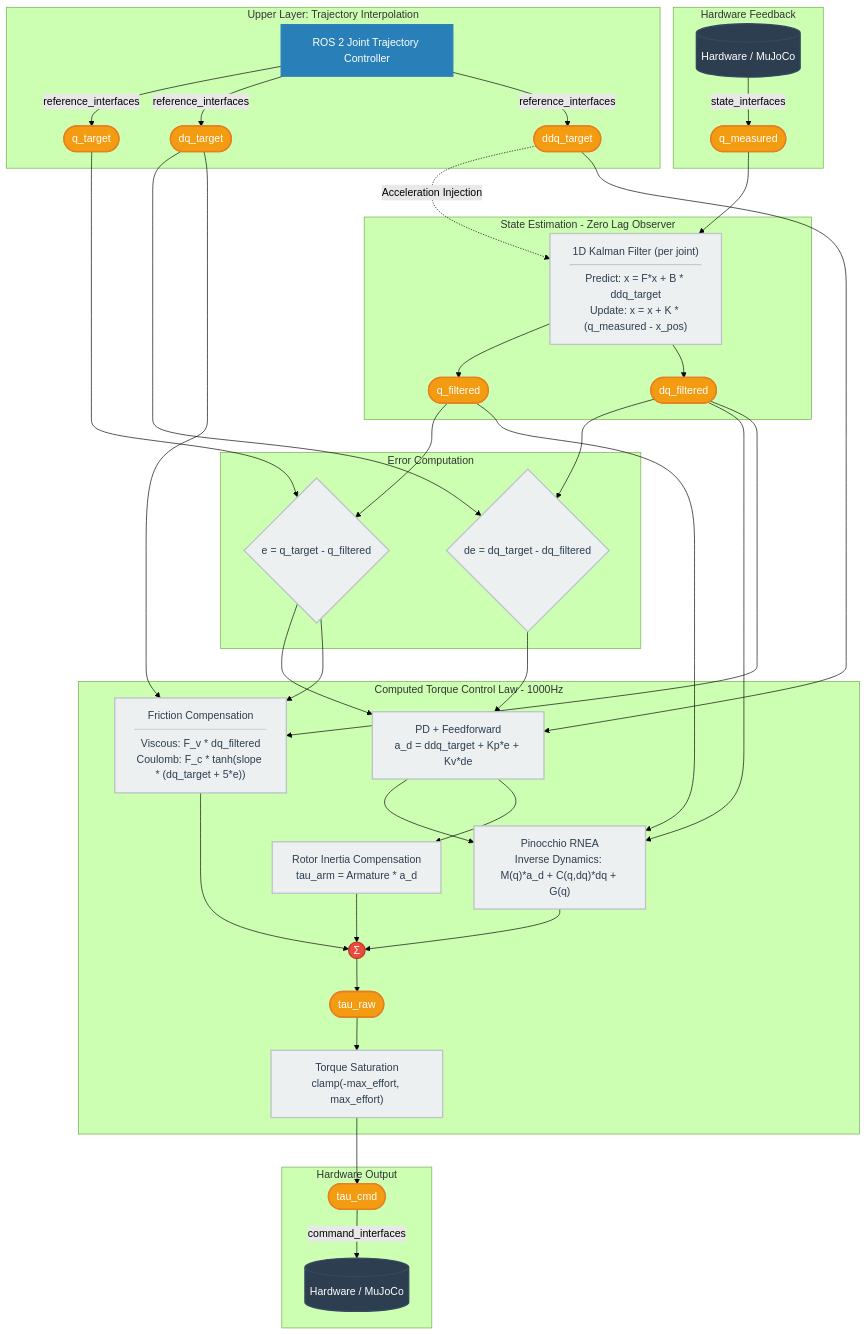
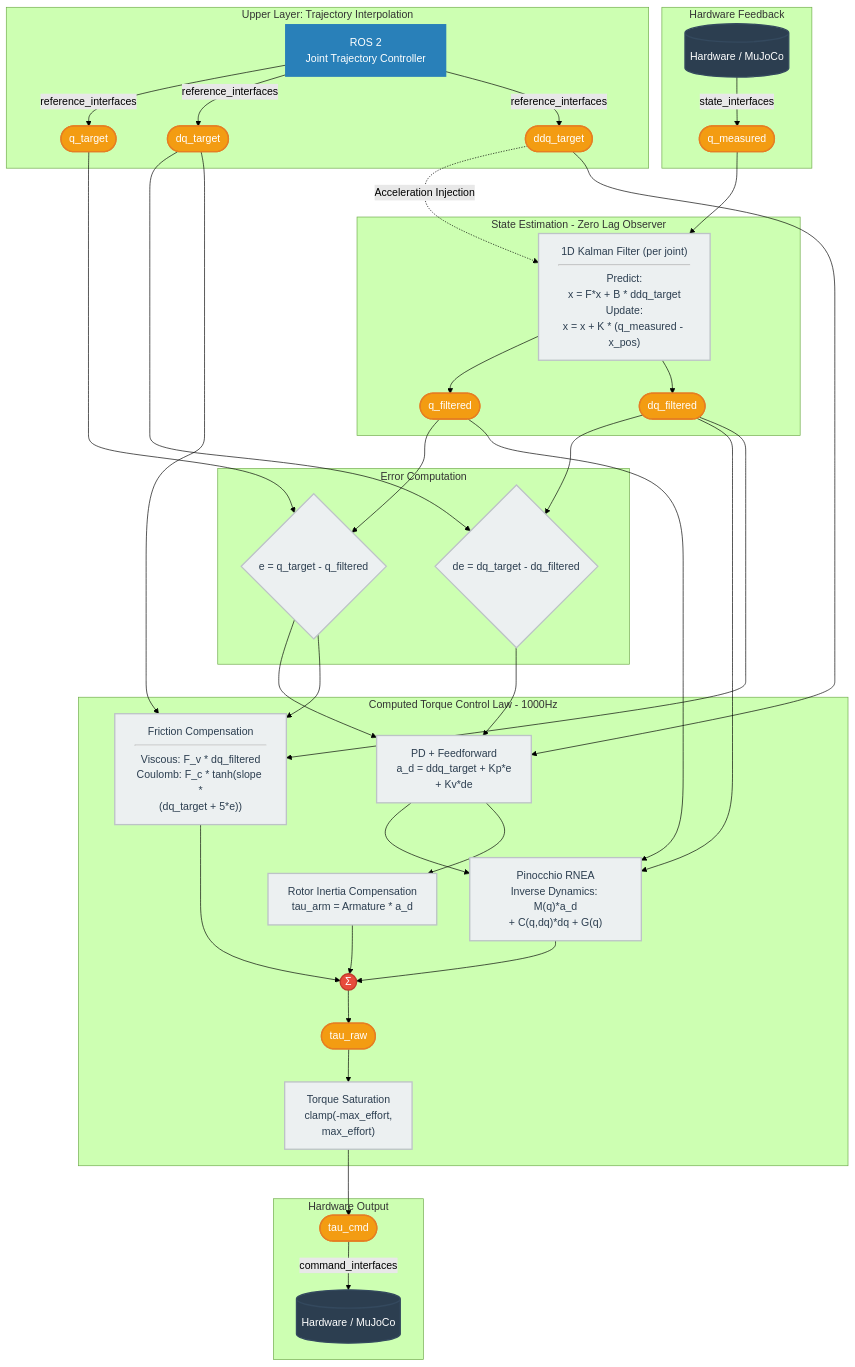
The second of 2 diagrams in README.md (Tianyi-Wang-1206/Deterministic-Motion-Planning-and-Dynamics-Control-Framework-for-Lightweight-6-Axis-Robotic-Arms), drawn with Mermaid (forest theme) before and after one commit.

````diff
--- a/README.md
+++ b/README.md
@@ -125,70 +125,70 @@
 ```mermaid
 flowchart TD
     %% Define Styles
     classDef hardware fill:#2c3e50,stroke:#34495e,stroke-width:2px,color:#fff;
     classDef jtc fill:#2980b9,stroke:#2980b9,stroke-width:2px,color:#fff;
     classDef data fill:#f39c12,stroke:#e67e22,stroke-width:2px,color:#fff,shape:pill;
     classDef calc fill:#ecf0f1,stroke:#bdc3c7,stroke-width:2px,color:#2c3e50;
     classDef sum fill:#e74c3c,stroke:#c0392b,stroke-width:2px,color:#fff,shape:circle;
 
     %% 1. Upstream Layer
     subgraph L1 [Upper Layer: Trajectory Interpolation]
-        JTC[ROS 2 Joint Trajectory Controller]:::jtc
+        JTC[ROS 2<br/>Joint Trajectory Controller]:::jtc
         JTC -- reference_interfaces --> Q_T([q_target]):::data
         JTC -- reference_interfaces --> DQ_T([dq_target]):::data
         JTC -- reference_interfaces --> DDQ_T([ddq_target]):::data
     end
 
     %% 2. Hardware Feedback
     subgraph L2 [Hardware Feedback]
         HW_Read[(Hardware / MuJoCo)]:::hardware
         HW_Read -- state_interfaces --> Q_M([q_measured]):::data
     end
 
     %% 3. State Estimator (Zero-Lag Observer)
     subgraph L3 [State Estimation - Zero Lag Observer]
-        KF["1D Kalman Filter (per joint)<hr/>Predict: x = F*x + B * ddq_target<br/>Update: x = x + K * (q_measured - x_pos)"]:::calc
+        KF["1D Kalman Filter (per joint)<hr/>Predict:<br/>x = F*x + B * ddq_target<br/>Update:<br/>x = x + K * (q_measured - x_pos)"]:::calc
         Q_M --> KF
         DDQ_T -. Acceleration Injection .-> KF
         KF --> Q_F([q_filtered]):::data
         KF --> DQ_F([dq_filtered]):::data
     end
 
     %% 4. Error Computation
     subgraph L4 [Error Computation]
         Q_T --> ERR_Q{"e = q_target - q_filtered"}:::calc
         Q_F --> ERR_Q
         DQ_T --> ERR_DQ{"de = dq_target - dq_filtered"}:::calc
         DQ_F --> ERR_DQ
     end
 
     %% 5. Control Law & Dynamics
     subgraph L5 [Computed Torque Control Law - 1000Hz]
-        ERR_Q --> PD["PD + Feedforward<br/>a_d = ddq_target + Kp*e + Kv*de"]:::calc
+        ERR_Q --> PD["PD + Feedforward<br/>a_d = ddq_target + Kp*e<br/>+ Kv*de"]:::calc
         ERR_DQ --> PD
         DDQ_T --> PD
 
-        PD --> RNEA["Pinocchio RNEA<br/>Inverse Dynamics: M(q)*a_d + C(q,dq)*dq + G(q)"]:::calc
+        PD --> RNEA["Pinocchio RNEA<br/>Inverse Dynamics: M(q)*a_d<br/>+ C(q,dq)*dq + G(q)"]:::calc
         Q_F --> RNEA
         DQ_F --> RNEA
 
         PD --> ARM["Rotor Inertia Compensation<br/>tau_arm = Armature * a_d"]:::calc
 
-        DQ_F --> FRIC["Friction Compensation<hr/>Viscous: F_v * dq_filtered<br/>Coulomb: F_c * tanh(slope * (dq_target + 5*e))"]:::calc
+        DQ_F --> FRIC["Friction Compensation<hr/>Viscous: F_v * dq_filtered<br/>Coulomb: F_c * tanh(slope *<br/>(dq_target + 5*e))"]:::calc
         DQ_T --> FRIC
         ERR_Q --> FRIC
 
         RNEA --> SUM(("Σ")):::sum
         ARM --> SUM
         FRIC --> SUM
 
         SUM --> TAU_RAW([tau_raw]):::data
-        TAU_RAW --> SAT["Torque Saturation<br/>clamp(-max_effort, max_effort)"]:::calc
+        TAU_RAW --> SAT["Torque Saturation<br/>clamp(-max_effort,<br/>max_effort)"]:::calc
     end
 
     %% 6. Hardware Output
     subgraph L6 [Hardware Output]
         SAT --> TAU_CMD([tau_cmd]):::data
         TAU_CMD -- command_interfaces --> HW_Write[(Hardware / MuJoCo)]:::hardware
     end
 ```
````
